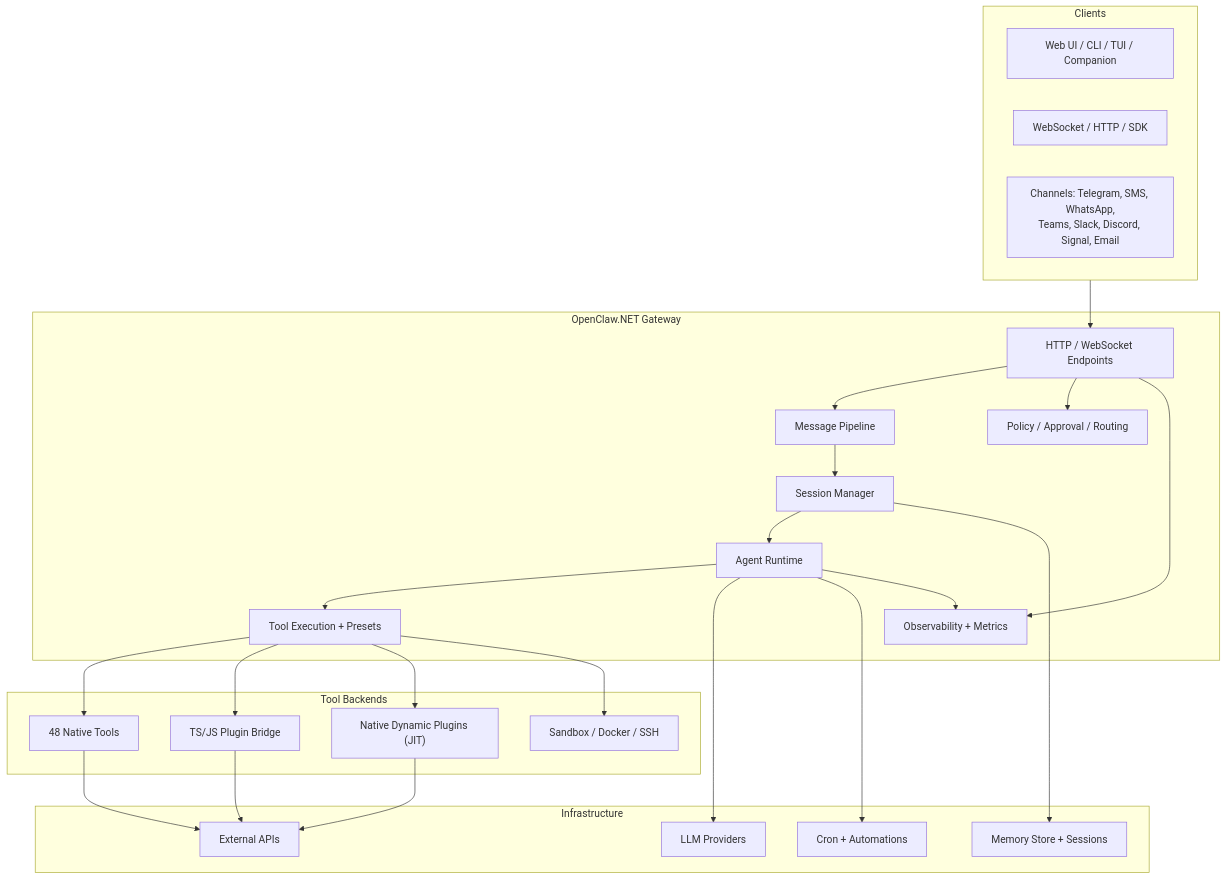
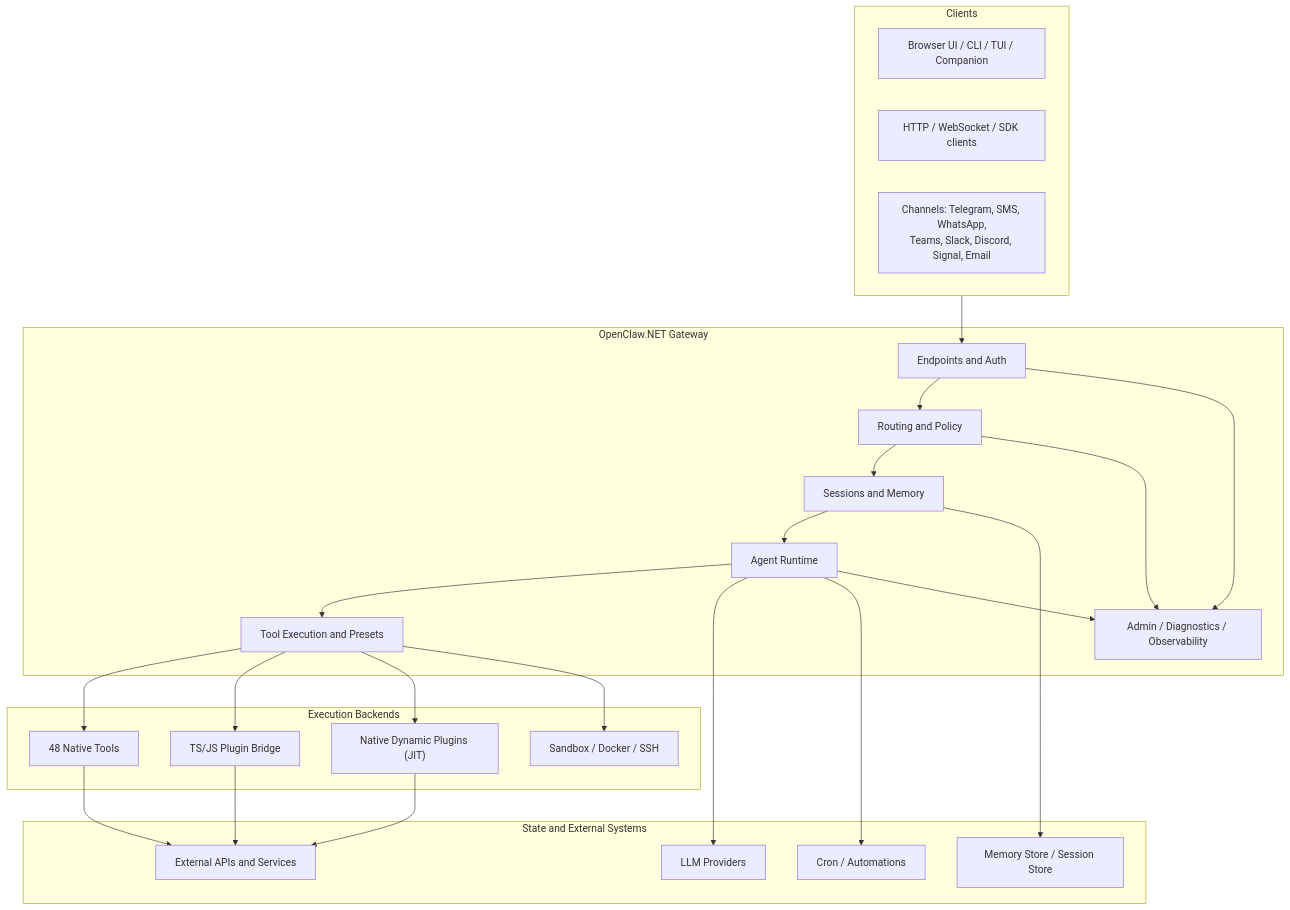
The first of 3 diagrams in README.md (clawdotnet/openclaw.net), drawn with Mermaid before and after one commit. The commit also changed other lines of this file and 3 other files, not shown here.

Commit message:
Improve onboarding architecture docs

````diff
--- a/README.md
+++ b/README.md
@@ -223,47 +225,46 @@
 ```mermaid
 flowchart TB
 
 subgraph Clients
-A1[Web UI / CLI / TUI / Companion]
-A2[WebSocket / HTTP / SDK]
+A1["Browser UI / CLI / TUI / Companion"]
+A2["HTTP / WebSocket / SDK clients"]
 A3["Channels: Telegram, SMS, WhatsApp,<br/>Teams, Slack, Discord, Signal, Email"]
 end
 
 subgraph "OpenClaw.NET Gateway"
-B1[HTTP / WebSocket Endpoints]
-B2[Message Pipeline]
-B3[Session Manager]
-B4[Agent Runtime]
-B5[Tool Execution + Presets]
-B6[Policy / Approval / Routing]
-B7[Observability + Metrics]
+B1["Endpoints and Auth"]
+B2["Routing and Policy"]
+B3["Sessions and Memory"]
+B4["Agent Runtime"]
+B5["Tool Execution and Presets"]
+B6["Admin / Diagnostics / Observability"]
 end
 
-subgraph "Tool Backends"
+subgraph "Execution Backends"
 C1["48 Native Tools"]
 C2[TS/JS Plugin Bridge]
 C3["Native Dynamic Plugins (JIT)"]
 C4[Sandbox / Docker / SSH]
 end
 
-subgraph Infrastructure
-D1[LLM Providers]
-D2[Memory Store + Sessions]
-D3[Cron + Automations]
-D4[External APIs]
+subgraph "State and External Systems"
+D1["LLM Providers"]
+D2["Memory Store / Session Store"]
+D3["Cron / Automations"]
+D4["External APIs and Services"]
 end
 
 Clients --> B1
 B1 --> B2
 B2 --> B3
 B3 --> B4
 B4 --> B5
 B5 --> C1 & C2 & C3 & C4
+B2 --> B6
+B3 --> D2
 B4 --> D1
-B3 --> D2
 B4 --> D3
 C1 & C2 & C3 --> D4
 B1 --> B6
-B1 --> B7
-B4 --> B7
+B4 --> B6
 ```
````
